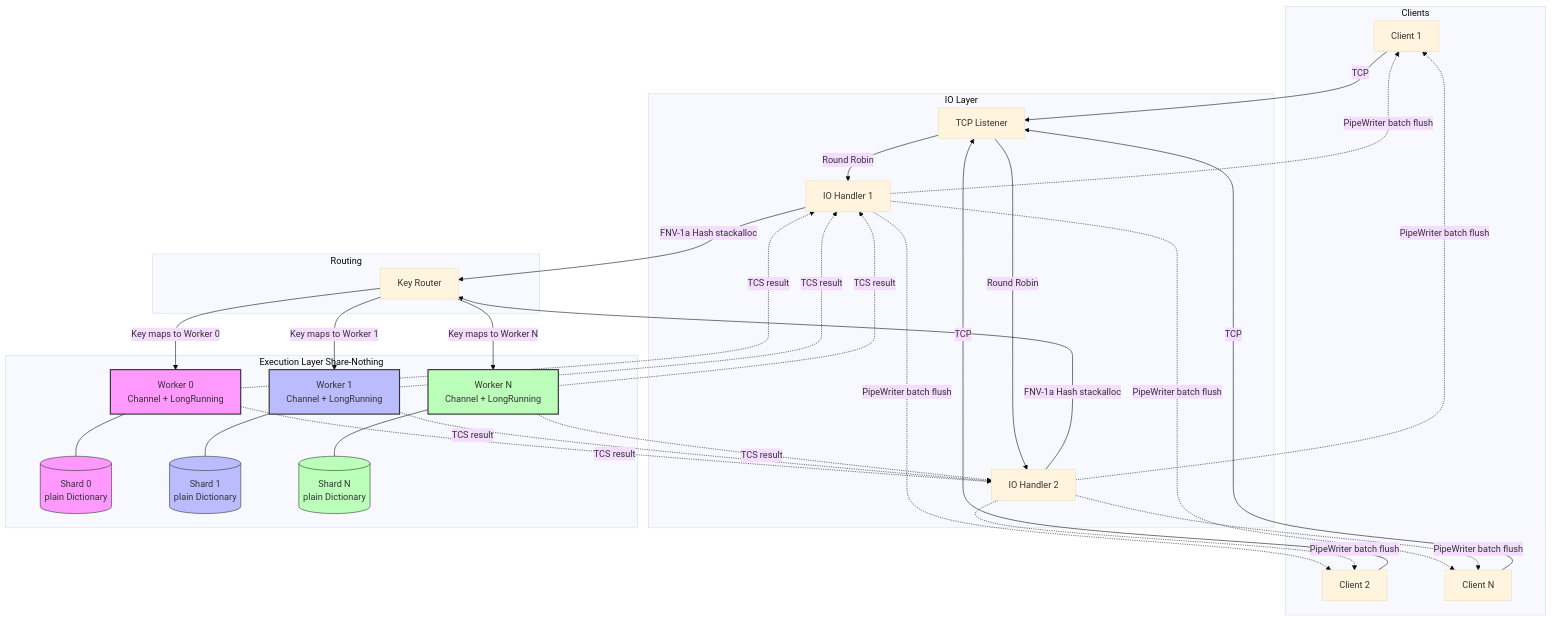
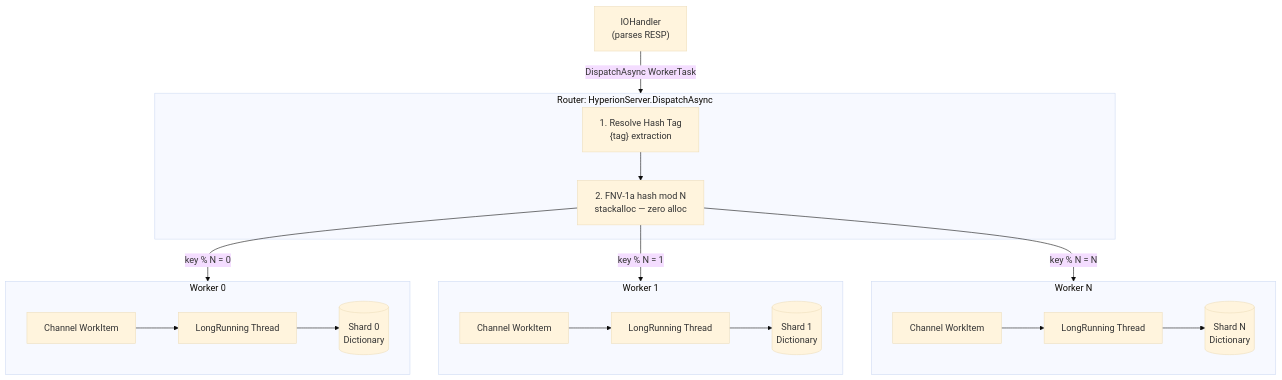
One commit to ductai202/Hyperion changed the fifth of 6 diagrams in README.md. Above: the diagram before and after it, drawn with Mermaid (base theme). The commit also changed other lines of this file, not shown here.

First line of the commit message:
docs: rewrite architecture diagrams with accurate split flows

````diff
--- a/README.md
+++ b/README.md
@@ -85,39 +108,28 @@
 ```mermaid
 flowchart TD
-    subgraph Clients
-        C1[Client 1]
-        C2[Client 2]
-        CN[Client N]
+    IH["IOHandler\n(parses RESP)"]
+    -->|"DispatchAsync WorkerTask"| RT
+
+    subgraph RT["Router: HyperionServer.DispatchAsync"]
+        HT["1. Resolve Hash Tag\n{tag} extraction"]
+        FNV["2. FNV-1a hash mod N\nstackalloc — zero alloc"]
+        HT --> FNV
     end
 
-    C1 & C2 & CN -->|TCP| TL[TCP Listener]
+    FNV -->|"key % N = 0"| W0
+    FNV -->|"key % N = 1"| W1
+    FNV -->|"key % N = N"| WN
 
-    subgraph "IO Layer"
-        TL -->|Round Robin| IH1[IO Handler 1]
-        TL -->|Round Robin| IH2[IO Handler 2]
+    subgraph W0[Worker 0]
+        CH0[Channel WorkItem] --> EL0[LongRunning Thread]
+        EL0 --> S0[(Shard 0\nDictionary)]
     end
-
-    subgraph "Routing"
-        IH1 & IH2 -->|FNV-1a Hash stackalloc| RT[Key Router]
+    subgraph W1[Worker 1]
+        CH1[Channel WorkItem] --> EL1[LongRunning Thread]
+        EL1 --> S1[(Shard 1\nDictionary)]
     end
-
-    subgraph "Execution Layer Share-Nothing"
-        RT -->|Key maps to Worker 0| W0[Worker 0\nChannel + LongRunning]
-        RT -->|Key maps to Worker 1| W1[Worker 1\nChannel + LongRunning]
-        RT -->|Key maps to Worker N| WN[Worker N\nChannel + LongRunning]
-
-        W0 --- S0[(Shard 0\nplain Dictionary)]
-        W1 --- S1[(Shard 1\nplain Dictionary)]
-        WN --- SN[(Shard N\nplain Dictionary)]
+    subgraph WN[Worker N]
+        CHN[Channel WorkItem] --> ELN[LongRunning Thread]
+        ELN --> SN[(Shard N\nDictionary)]
     end
-
-    W0 & W1 & WN -.->|TCS result| IH1 & IH2
-    IH1 & IH2 -.->|PipeWriter batch flush| C1 & C2 & CN
-
-    style W0 fill:#f9f,stroke:#333,stroke-width:2px
-    style W1 fill:#bbf,stroke:#333,stroke-width:2px
-    style WN fill:#bfb,stroke:#333,stroke-width:2px
-    style S0 fill:#f9f,stroke:#333
-    style S1 fill:#bbf,stroke:#333
-    style SN fill:#bfb,stroke:#333
 ```
````
